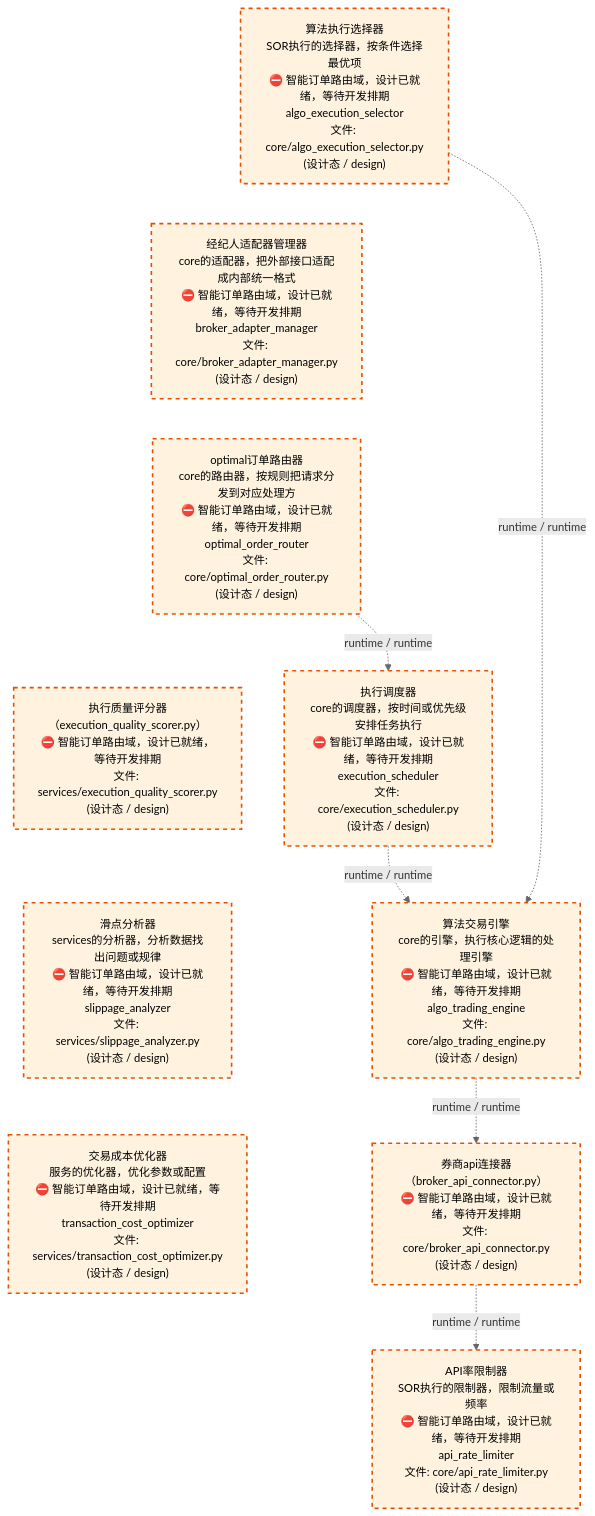
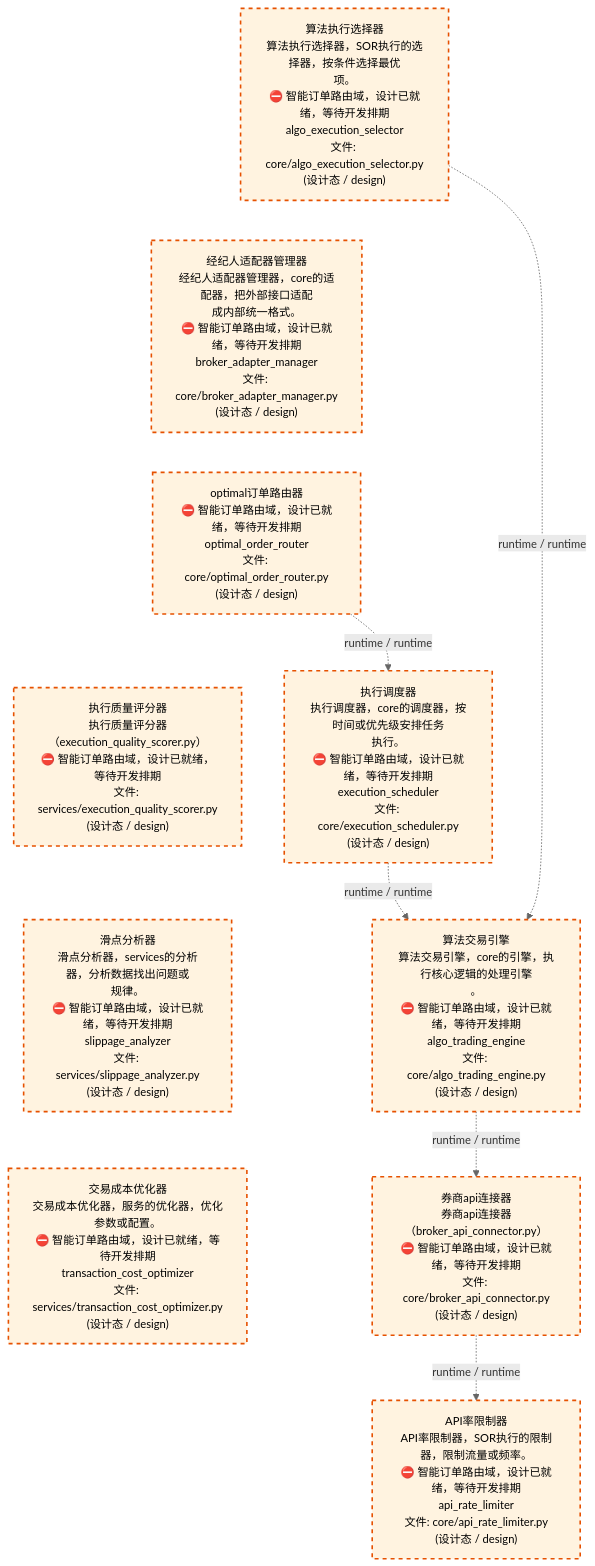
One commit to xuanFelixVan/ZephyrAlpha changed the third of 4 diagrams in docs/02_enterprise_architecture/02_domain_architecture_docs/45_d_ex_sor.md. Above: the diagram before and after it, drawn with Mermaid. The commit also changed other lines of this file and 61 other files, not shown here.

````diff
--- a/docs/02_enterprise_architecture/02_domain_architecture_docs/45_d_ex_sor.md
+++ b/docs/02_enterprise_architecture/02_domain_architecture_docs/45_d_ex_sor.md
@@ -138,29 +138,29 @@
 ```mermaid
 %%{init: {'theme': 'base', 'themeVariables': {'primaryColor': '#eaeaea', 'primaryTextColor': '#333333', 'primaryBorderColor': '#666666', 'lineColor': '#666666', 'secondaryColor': '#eaeaea', 'tertiaryColor': '#eaeaea', 'fontSize': '14px'}}}%%
 flowchart TD
-    src_zephyr_ex_sor_core_algo_execution_selector_py["算法执行选择器<br/>SOR执行的选择器，按条件选择最优项<br/>⛔ 智能订单路由域，设计已就绪，等待开发排期<br/>algo_execution_selector<br/>文件: core/algo_execution_selector.py<br/>(设计态 / design)"]
-    src_zephyr_ex_sor_core_broker_adapter_manager_py["经纪人适配器管理器<br/>core的适配器，把外部接口适配成内部统一格式<br/>⛔ 智能订单路由域，设计已就绪，等待开发排期<br/>broker_adapter_manager<br/>文件: core/broker_adapter_manager.py<br/>(设计态 / design)"]
-    src_zephyr_ex_sor_core_optimal_order_router_py["optimal订单路由器<br/>core的路由器，按规则把请求分发到对应处理方<br/>⛔ 智能订单路由域，设计已就绪，等待开发排期<br/>optimal_order_router<br/>文件: core/optimal_order_router.py<br/>(设计态 / design)"]
-    src_zephyr_ex_sor_services_execution_quality_scorer_py["执行质量评分器<br/>（execution_quality_scorer.py）<br/>⛔ 智能订单路由域，设计已就绪，等待开发排期<br/>文件: services/execution_quality_scorer.py<br/>(设计态 / design)"]
-    src_zephyr_ex_sor_services_slippage_analyzer_py["滑点分析器<br/>services的分析器，分析数据找出问题或规律<br/>⛔ 智能订单路由域，设计已就绪，等待开发排期<br/>slippage_analyzer<br/>文件: services/slippage_analyzer.py<br/>(设计态 / design)"]
-    src_zephyr_ex_sor_services_transaction_cost_optimizer_py["交易成本优化器<br/>服务的优化器，优化参数或配置<br/>⛔ 智能订单路由域，设计已就绪，等待开发排期<br/>transaction_cost_optimizer<br/>文件: services/transaction_cost_optimizer.py<br/>(设计态 / design)"]
+    src_zephyr_ex_sor_core_algo_execution_selector_py["算法执行选择器<br/>算法执行选择器，SOR执行的选择器，按条件选择最优<br/>项。<br/>⛔ 智能订单路由域，设计已就绪，等待开发排期<br/>algo_execution_selector<br/>文件: core/algo_execution_selector.py<br/>(设计态 / design)"]
+    src_zephyr_ex_sor_core_broker_adapter_manager_py["经纪人适配器管理器<br/>经纪人适配器管理器，core的适配器，把外部接口适配<br/>成内部统一格式。<br/>⛔ 智能订单路由域，设计已就绪，等待开发排期<br/>broker_adapter_manager<br/>文件: core/broker_adapter_manager.py<br/>(设计态 / design)"]
+    src_zephyr_ex_sor_core_optimal_order_router_py["optimal订单路由器<br/>⛔ 智能订单路由域，设计已就绪，等待开发排期<br/>optimal_order_router<br/>文件: core/optimal_order_router.py<br/>(设计态 / design)"]
+    src_zephyr_ex_sor_services_execution_quality_scorer_py["执行质量评分器<br/>执行质量评分器（execution_quality_scorer.py）<br/>⛔ 智能订单路由域，设计已就绪，等待开发排期<br/>文件: services/execution_quality_scorer.py<br/>(设计态 / design)"]
+    src_zephyr_ex_sor_services_slippage_analyzer_py["滑点分析器<br/>滑点分析器，services的分析器，分析数据找出问题或<br/>规律。<br/>⛔ 智能订单路由域，设计已就绪，等待开发排期<br/>slippage_analyzer<br/>文件: services/slippage_analyzer.py<br/>(设计态 / design)"]
+    src_zephyr_ex_sor_services_transaction_cost_optimizer_py["交易成本优化器<br/>交易成本优化器，服务的优化器，优化参数或配置。<br/>⛔ 智能订单路由域，设计已就绪，等待开发排期<br/>transaction_cost_optimizer<br/>文件: services/transaction_cost_optimizer.py<br/>(设计态 / design)"]
     src_zephyr_ex_sor_core_algo_execution_selector_py ~~~ src_zephyr_ex_sor_core_broker_adapter_manager_py
     src_zephyr_ex_sor_core_broker_adapter_manager_py ~~~ src_zephyr_ex_sor_core_optimal_order_router_py
     src_zephyr_ex_sor_core_optimal_order_router_py ~~~ src_zephyr_ex_sor_services_execution_quality_scorer_py
     src_zephyr_ex_sor_services_execution_quality_scorer_py ~~~ src_zephyr_ex_sor_services_slippage_analyzer_py
     src_zephyr_ex_sor_services_slippage_analyzer_py ~~~ src_zephyr_ex_sor_services_transaction_cost_optimizer_py
-    src_zephyr_ex_sor_core_execution_scheduler_py["执行调度器<br/>core的调度器，按时间或优先级安排任务执行<br/>⛔ 智能订单路由域，设计已就绪，等待开发排期<br/>execution_scheduler<br/>文件: core/execution_scheduler.py<br/>(设计态 / design)"]
-    src_zephyr_ex_sor_core_algo_trading_engine_py["算法交易引擎<br/>core的引擎，执行核心逻辑的处理引擎<br/>⛔ 智能订单路由域，设计已就绪，等待开发排期<br/>algo_trading_engine<br/>文件: core/algo_trading_engine.py<br/>(设计态 / design)"]
-    src_zephyr_ex_sor_core_broker_api_connector_py["券商api连接器<br/>（broker_api_connector.py）<br/>⛔ 智能订单路由域，设计已就绪，等待开发排期<br/>文件: core/broker_api_connector.py<br/>(设计态 / design)"]
-    src_zephyr_ex_sor_core_api_rate_limiter_py["API率限制器<br/>SOR执行的限制器，限制流量或频率<br/>⛔ 智能订单路由域，设计已就绪，等待开发排期<br/>api_rate_limiter<br/>文件: core/api_rate_limiter.py<br/>(设计态 / design)"]
+    src_zephyr_ex_sor_core_execution_scheduler_py["执行调度器<br/>执行调度器，core的调度器，按时间或优先级安排任务<br/>执行。<br/>⛔ 智能订单路由域，设计已就绪，等待开发排期<br/>execution_scheduler<br/>文件: core/execution_scheduler.py<br/>(设计态 / design)"]
+    src_zephyr_ex_sor_core_algo_trading_engine_py["算法交易引擎<br/>算法交易引擎，core的引擎，执行核心逻辑的处理引擎<br/>。<br/>⛔ 智能订单路由域，设计已就绪，等待开发排期<br/>algo_trading_engine<br/>文件: core/algo_trading_engine.py<br/>(设计态 / design)"]
+    src_zephyr_ex_sor_core_broker_api_connector_py["券商api连接器<br/>券商api连接器（broker_api_connector.py）<br/>⛔ 智能订单路由域，设计已就绪，等待开发排期<br/>文件: core/broker_api_connector.py<br/>(设计态 / design)"]
+    src_zephyr_ex_sor_core_api_rate_limiter_py["API率限制器<br/>API率限制器，SOR执行的限制器，限制流量或频率。<br/>⛔ 智能订单路由域，设计已就绪，等待开发排期<br/>api_rate_limiter<br/>文件: core/api_rate_limiter.py<br/>(设计态 / design)"]
     src_zephyr_ex_sor_core_optimal_order_router_py -.->|runtime / runtime| src_zephyr_ex_sor_core_execution_scheduler_py
     src_zephyr_ex_sor_core_execution_scheduler_py -.->|runtime / runtime| src_zephyr_ex_sor_core_algo_trading_engine_py
     src_zephyr_ex_sor_core_algo_trading_engine_py -.->|runtime / runtime| src_zephyr_ex_sor_core_broker_api_connector_py
     src_zephyr_ex_sor_core_algo_execution_selector_py -.->|runtime / runtime| src_zephyr_ex_sor_core_algo_trading_engine_py
     src_zephyr_ex_sor_core_broker_api_connector_py -.->|runtime / runtime| src_zephyr_ex_sor_core_api_rate_limiter_py
     classDef production fill:#e1f5fe,stroke:#01579b,stroke-width:2px,color:#000
     classDef design fill:#fff3e0,stroke:#e65100,stroke-width:2px,color:#000,stroke-dasharray: 5 5
     classDef external_prod fill:#e8f4fd,stroke:#0277bd,stroke-width:1px,color:#000
     classDef external_design fill:#fff8e7,stroke:#ef6c00,stroke-width:1px,color:#000,stroke-dasharray: 5 5
     class src_zephyr_ex_sor_core_algo_execution_selector_py,src_zephyr_ex_sor_core_algo_trading_engine_py,src_zephyr_ex_sor_core_api_rate_limiter_py,src_zephyr_ex_sor_core_broker_adapter_manager_py,src_zephyr_ex_sor_core_broker_api_connector_py,src_zephyr_ex_sor_core_execution_scheduler_py,src_zephyr_ex_sor_core_optimal_order_router_py,src_zephyr_ex_sor_services_execution_quality_scorer_py,src_zephyr_ex_sor_services_slippage_analyzer_py,src_zephyr_ex_sor_services_transaction_cost_optimizer_py design
 ```
````
